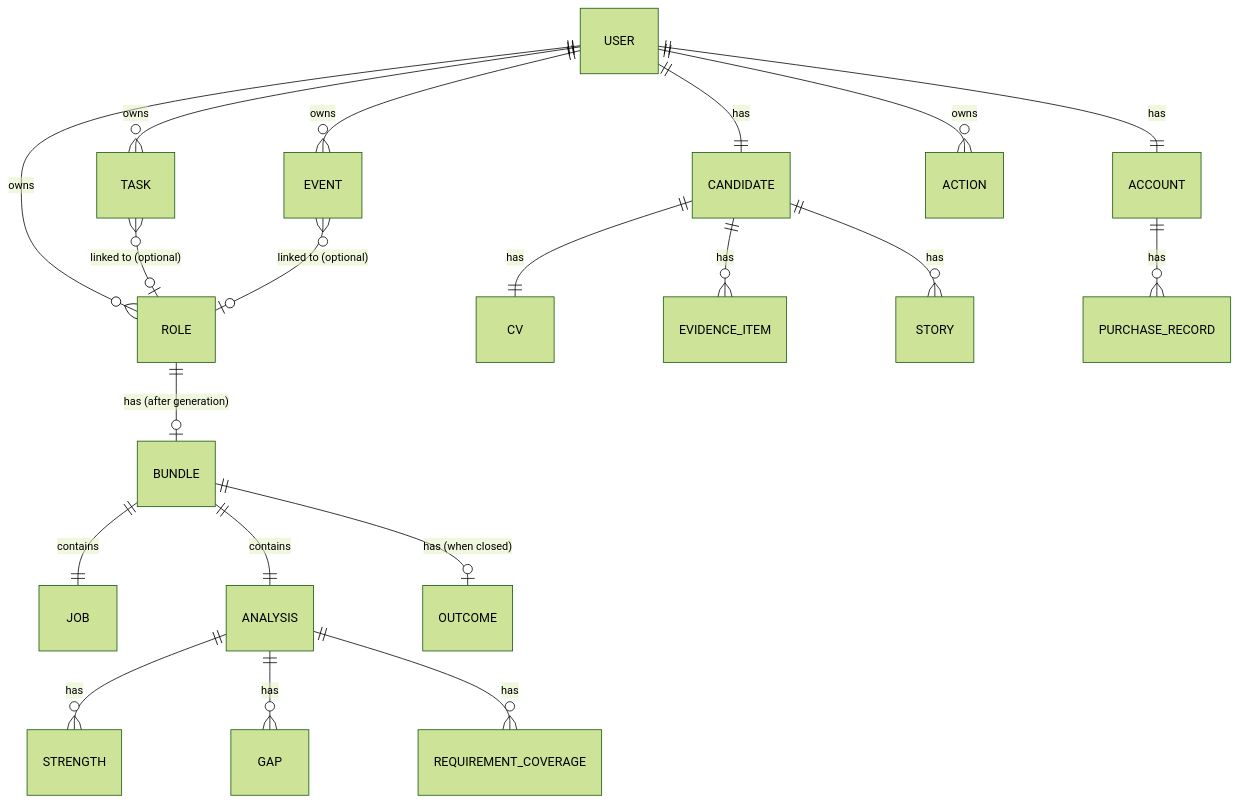
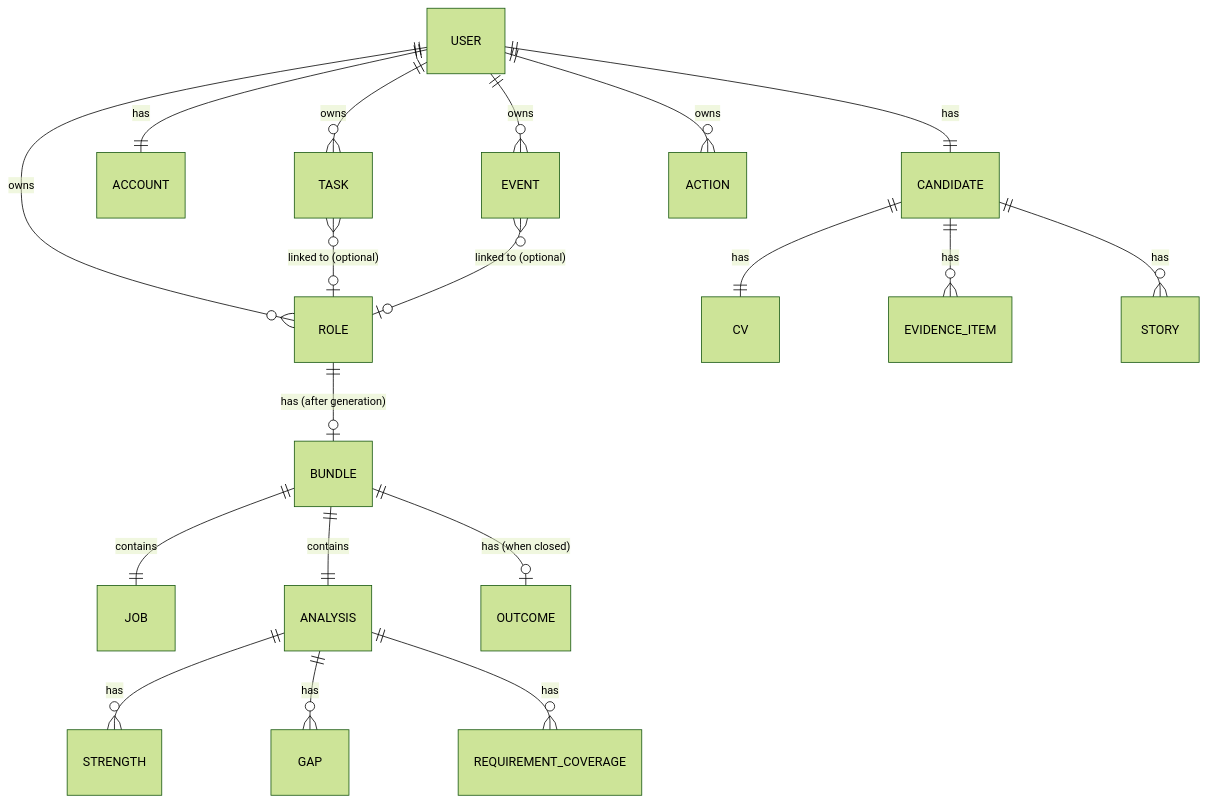
Before and after one commit to mnohe/cvai: the third of 6 diagrams in docs/ARCHITECTURE.md, drawn with Mermaid (forest theme). The commit also changed other lines of this file and 63 other files, not shown here.

````diff
--- a/docs/ARCHITECTURE.md
+++ b/docs/ARCHITECTURE.md
@@ -96,27 +93,26 @@
 ```mermaid
 erDiagram
     USER ||--|| CANDIDATE : has
     USER ||--|| ACCOUNT : has
     USER ||--o{ ROLE : owns
     USER ||--o{ TASK : owns
     USER ||--o{ EVENT : owns
     USER ||--o{ ACTION : owns
 
     ROLE ||--o| BUNDLE : "has (after generation)"
     BUNDLE ||--|| JOB : contains
     BUNDLE ||--|| ANALYSIS : contains
     BUNDLE ||--o| OUTCOME : "has (when closed)"
 
     ANALYSIS ||--o{ STRENGTH : has
     ANALYSIS ||--o{ GAP : has
     ANALYSIS ||--o{ REQUIREMENT_COVERAGE : has
 
     TASK }o--o| ROLE : "linked to (optional)"
     EVENT }o--o| ROLE : "linked to (optional)"
 
     CANDIDATE ||--|| CV : has
     CANDIDATE ||--o{ EVIDENCE_ITEM : has
     CANDIDATE ||--o{ STORY : has
 
-    ACCOUNT ||--o{ PURCHASE_RECORD : has
 ```
````
